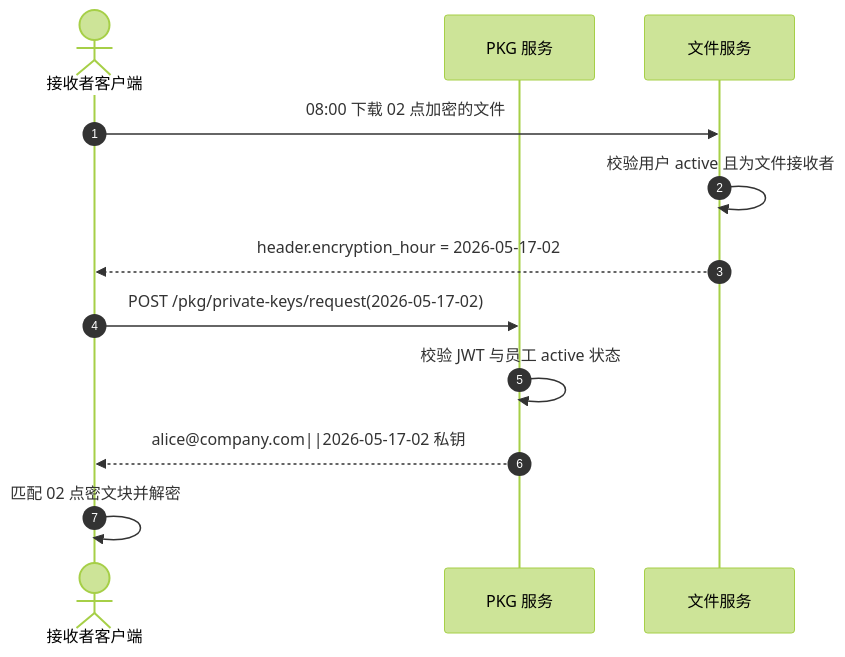
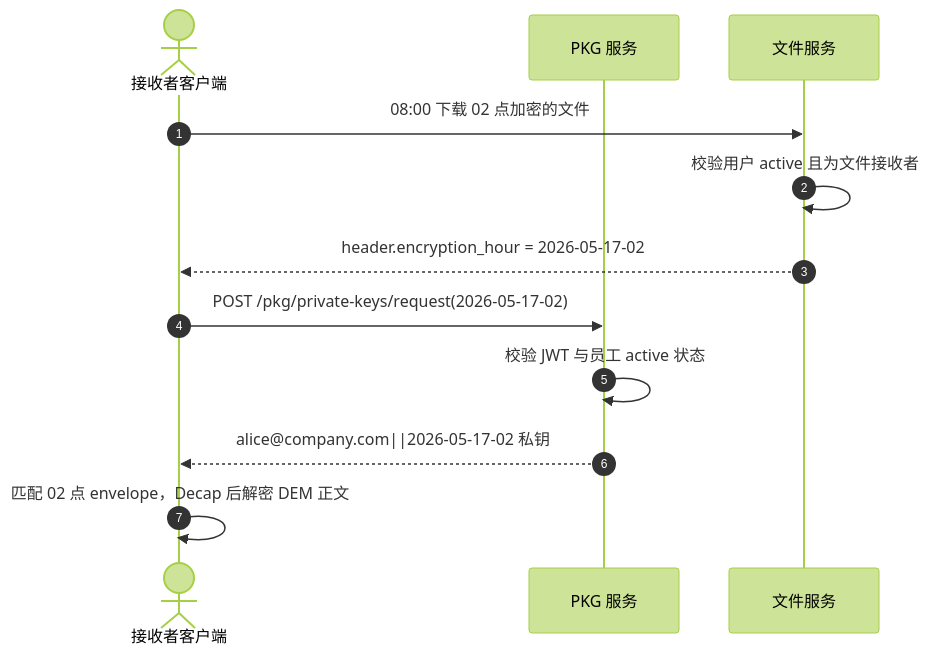
One commit to firfisa/BF-IBE changed the fifth of 8 diagrams in docs/diagrams.md. Above: the diagram before and after it, drawn with Mermaid (forest theme). The commit also changed other lines of this file and 18 other files, not shown here.

````diff
--- a/docs/diagrams.md
+++ b/docs/diagrams.md
@@ -88,15 +89,15 @@
 ```mermaid
 sequenceDiagram
   autonumber
   actor Client as 接收者客户端
   participant PKG as PKG 服务
   participant FS as 文件服务
 
   Client->>FS: 08:00 下载 02 点加密的文件
   FS->>FS: 校验用户 active 且为文件接收者
   FS-->>Client: header.encryption_hour = 2026-05-17-02
   Client->>PKG: POST /pkg/private-keys/request(2026-05-17-02)
   PKG->>PKG: 校验 JWT 与员工 active 状态
   PKG-->>Client: alice@company.com||2026-05-17-02 私钥
-  Client->>Client: 匹配 02 点密文块并解密
+  Client->>Client: 匹配 02 点 envelope，Decap 后解密 DEM 正文
 ```
````
